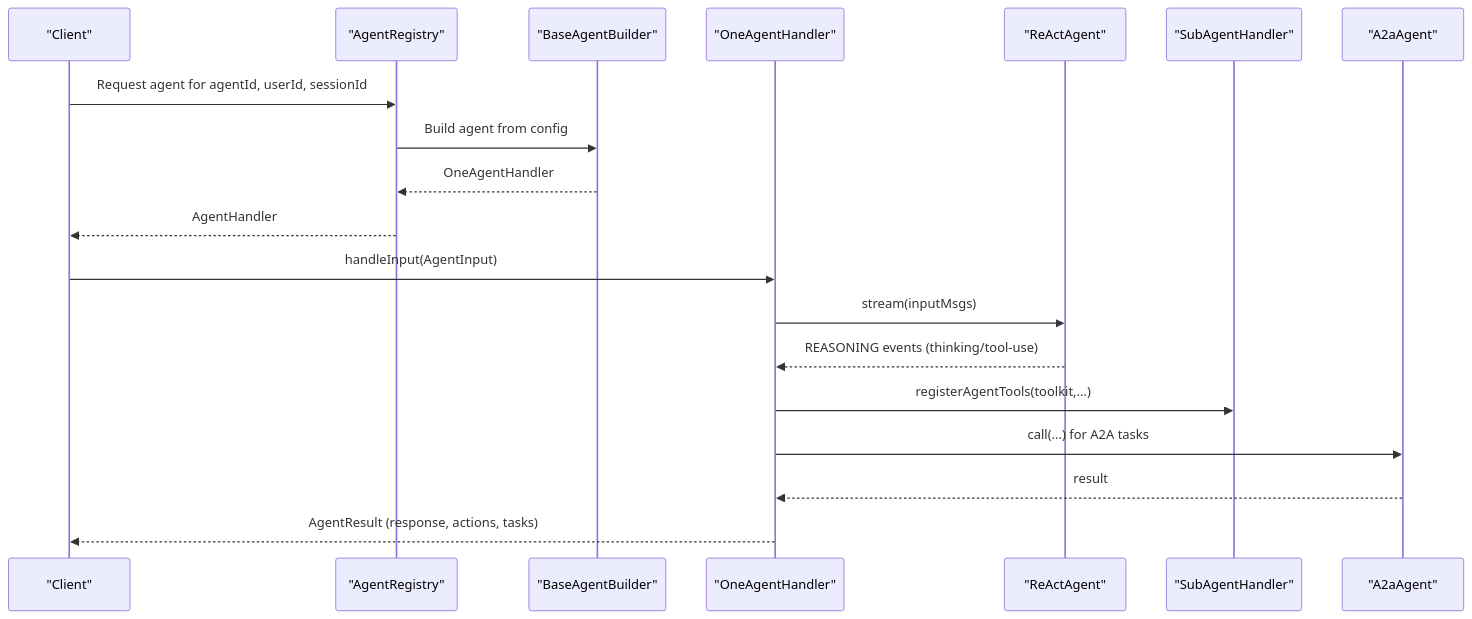
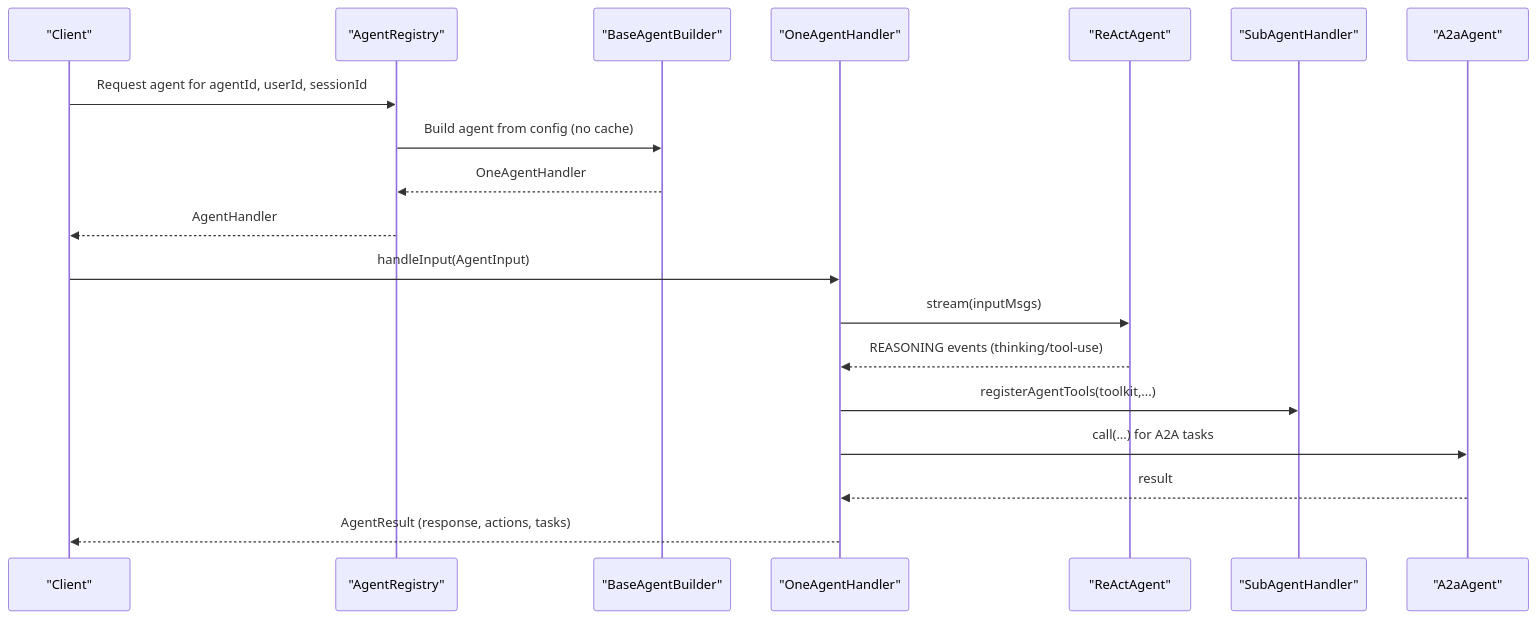
Before and after one commit to alibaba/tron-one-agent: the second of 9 diagrams in .qoder/repowiki/en/content/Agent System/Agent System.md, drawn with Mermaid. The commit also changed other lines of this file and 8 other files, not shown here.

````diff
--- a/.qoder/repowiki/en/content/Agent System/Agent System.md
+++ b/.qoder/repowiki/en/content/Agent System/Agent System.md
@@ -130,21 +142,21 @@
 ```mermaid
 sequenceDiagram
 participant Client as "Client"
 participant Registry as "AgentRegistry"
 participant Builder as "BaseAgentBuilder"
 participant Handler as "OneAgentHandler"
 participant Main as "ReActAgent"
 participant Sub as "SubAgentHandler"
 participant Remote as "A2aAgent"
 Client->>Registry : Request agent for agentId, userId, sessionId
-Registry->>Builder : Build agent from config
+Registry->>Builder : Build agent from config (no cache)
 Builder-->>Registry : OneAgentHandler
 Registry-->>Client : AgentHandler
 Client->>Handler : handleInput(AgentInput)
 Handler->>Main : stream(inputMsgs)
 Main-->>Handler : REASONING events (thinking/tool-use)
 Handler->>Sub : registerAgentTools(toolkit,...)
 Handler->>Remote : call(...) for A2A tasks
 Remote-->>Handler : result
 Handler-->>Client : AgentResult (response, actions, tasks)
 ```
````
